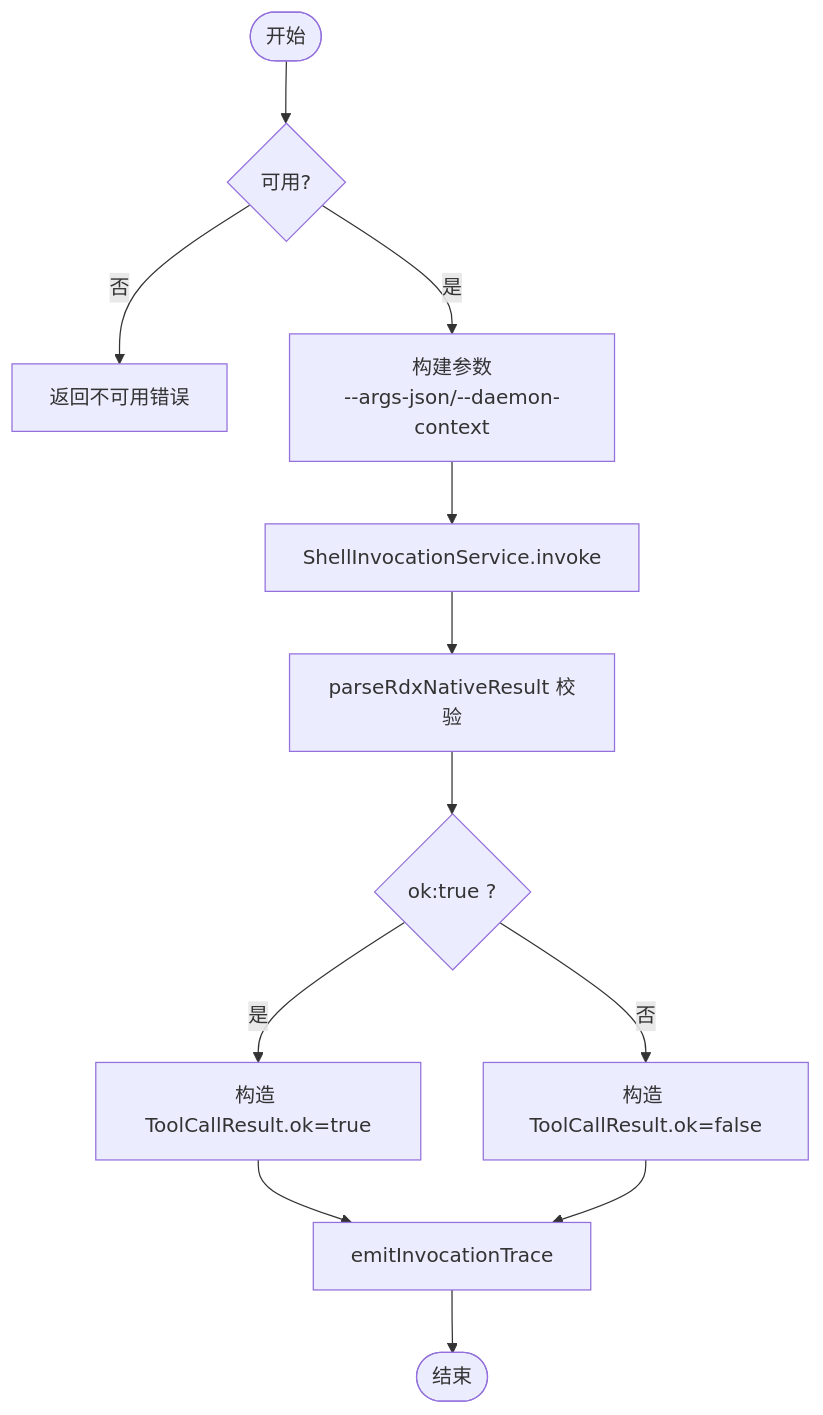
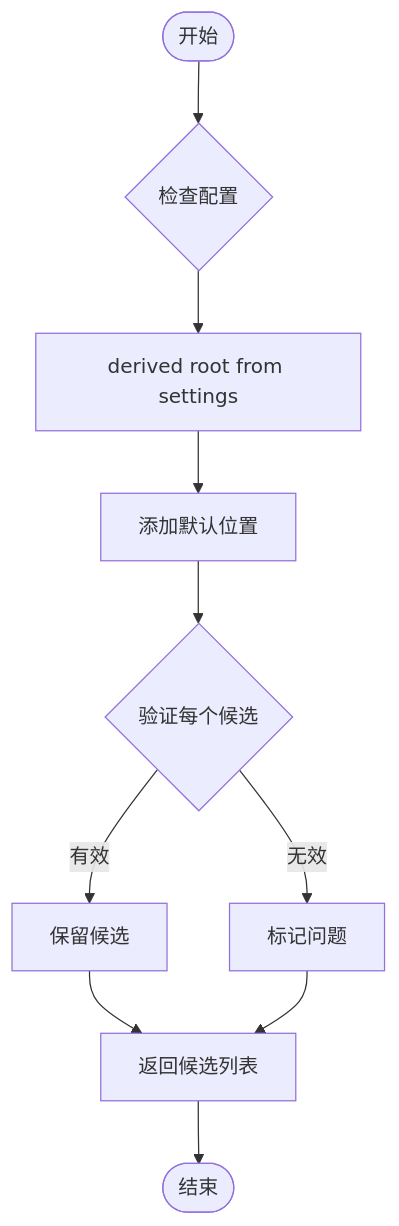
The third of 15 diagrams in .qoder/repowiki/zh/content/核心模块/工具系统/工具系统.md (haolange/RDC-Agent), drawn with Mermaid before and after one commit. The commit also changed other lines of this file and 80 other files, not shown here.

````diff
--- a/.qoder/repowiki/zh/content/核心模块/工具系统/工具系统.md
+++ b/.qoder/repowiki/zh/content/核心模块/工具系统/工具系统.md
@@ -279,14 +287,12 @@
 ```mermaid
 flowchart TD
-Start(["开始"]) --> CheckAvail{"可用?"}
-CheckAvail --> |否| ReturnErr["返回不可用错误"]
-CheckAvail --> |是| BuildArgs["构建参数<br/>--args-json/--daemon-context"]
-BuildArgs --> Invoke["ShellInvocationService.invoke"]
-Invoke --> Parse["parseRdxNativeResult 校验"]
-Parse --> Ok{"ok:true ?"}
-Ok --> |是| ToResult["构造 ToolCallResult.ok=true"]
-Ok --> |否| ToError["构造 ToolCallResult.ok=false"]
-ToResult --> Trace["emitInvocationTrace"]
-ToError --> Trace
-Trace --> End(["结束"])
+Start(["开始"]) --> CheckConfig{"检查配置"}
+CheckConfig --> GetRoot["derived root from settings"]
+GetRoot --> AddDefault["添加默认位置"]
+AddDefault --> ValidateEach{"验证每个候选"}
+ValidateEach --> |有效| Keep["保留候选"]
+ValidateEach --> |无效| MarkProblem["标记问题"]
+Keep --> Return["返回候选列表"]
+MarkProblem --> Return
+Return --> End(["结束"])
 ```
````
